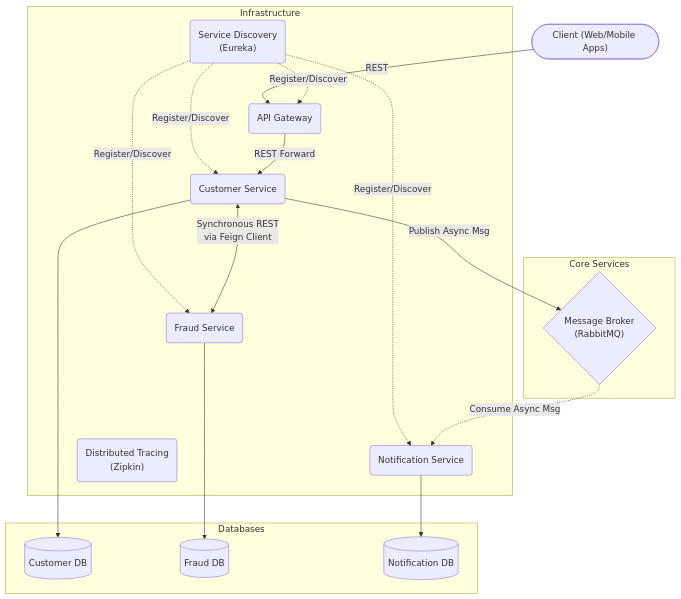
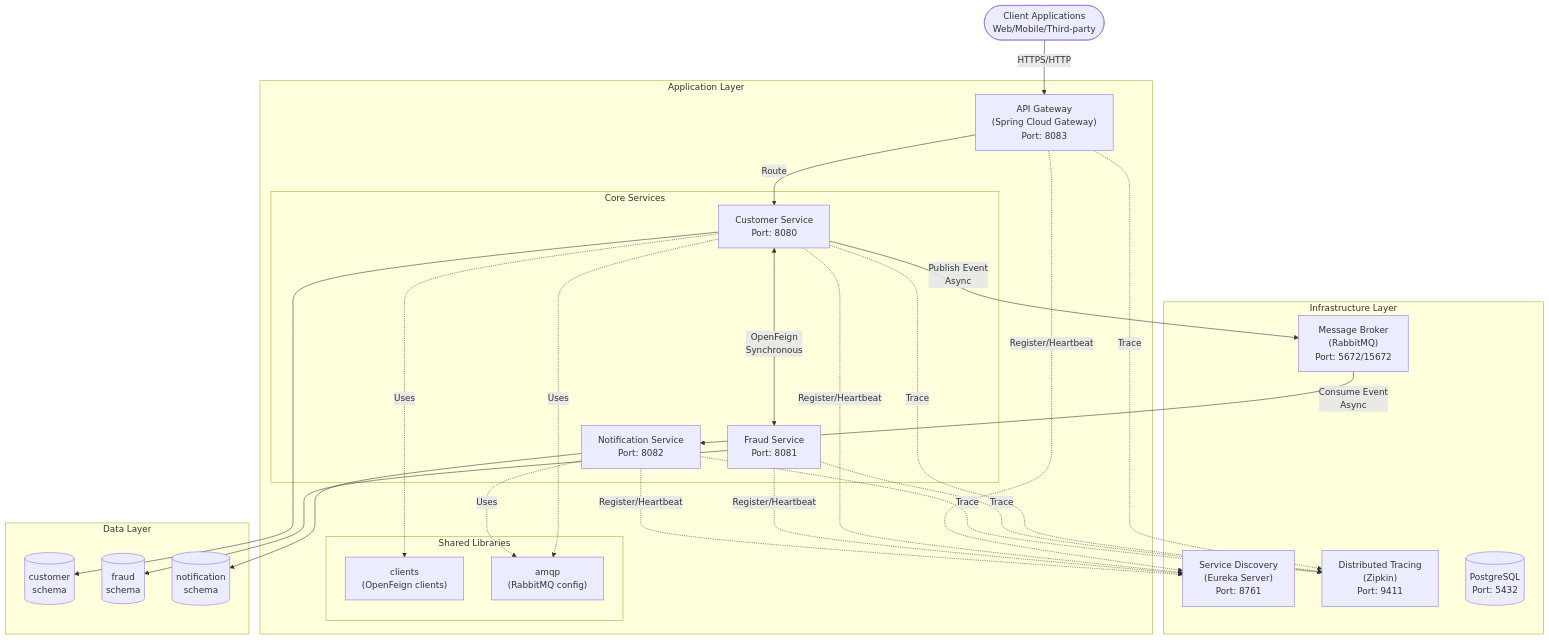
One commit to phansytuan/micro-services changed the first of 2 diagrams in HLD.md. Above: the diagram before and after it, drawn with Mermaid. The commit also changed other lines of this file and 8 other files, not shown here.

````diff
--- a/HLD.md
+++ b/HLD.md
@@ -21,25 +34,62 @@
 ```mermaid
-graph TD
-    Client(["Client (Web/Mobile Apps)"]) -->|REST| APIGW("API Gateway")
+graph TB
+    Client(["Client Applications<br/>Web/Mobile/Third-party"]) -->|HTTPS/HTTP| APIGW
     
-    subgraph Infrastructure
-        Eureka("Service Discovery<br/>(Eureka)") -.->|Register/Discover| APIGW
-        Eureka -.->|Register/Discover| Customer
-        Eureka -.->|Register/Discover| Fraud
-        Eureka -.->|Register/Discover| Notification
-        Zipkin("Distributed Tracing<br/>(Zipkin)")
+    subgraph "Infrastructure Layer"
+        Eureka["Service Discovery<br/>(Eureka Server)<br/>Port: 8761"]
+        Zipkin["Distributed Tracing<br/>(Zipkin)<br/>Port: 9411"]
+        RabbitMQ["Message Broker<br/>(RabbitMQ)<br/>Port: 5672/15672"]
+        Postgres[("PostgreSQL<br/>Port: 5432")]
     end
-
-    subgraph Core Services
-        APIGW -->|REST Forward| Customer("Customer Service")
-        Customer <-->|Synchronous REST<br/>via Feign Client| Fraud("Fraud Service")
-        Customer -->|Publish Async Msg| AMQP{"Message Broker<br/>(RabbitMQ)"}
-        AMQP -.->|Consume Async Msg| Notification("Notification Service")
+    
+    subgraph "Application Layer"
+        APIGW["API Gateway<br/>(Spring Cloud Gateway)<br/>Port: 8083"]
+        
+        subgraph "Core Services"
+            Customer["Customer Service<br/>Port: 8080"]
+            Fraud["Fraud Service<br/>Port: 8081"]
+            Notification["Notification Service<br/>Port: 8082"]
+        end
+        
+        subgraph "Shared Libraries"
+            Clients["clients<br/>(OpenFeign clients)"]
+            AMQP["amqp<br/>(RabbitMQ config)"]
+        end
     end
-
-    subgraph Databases
-        Customer --> DB_Cust[("Customer DB")]
-        Fraud --> DB_Fraud[("Fraud DB")]
-        Notification --> DB_Notif[("Notification DB")]
+    
+    subgraph "Data Layer"
+        DB_Cust[("customer<br/>schema")]
+        DB_Fraud[("fraud<br/>schema")]
+        DB_Notif[("notification<br/>schema")]
     end
+    
+    %% Client connections
+    APIGW -->|Route| Customer
+    
+    %% Service Discovery
+    APIGW -.->|Register/Heartbeat| Eureka
+    Customer -.->|Register/Heartbeat| Eureka
+    Fraud -.->|Register/Heartbeat| Eureka
+    Notification -.->|Register/Heartbeat| Eureka
+    
+    %% Inter-service communication
+    Customer <-->|"OpenFeign<br/>Synchronous"| Fraud
+    Customer -->|"Publish Event<br/>Async"| RabbitMQ
+    RabbitMQ -->|"Consume Event<br/>Async"| Notification
+    
+    %% Database connections
+    Customer --> DB_Cust
+    Fraud --> DB_Fraud
+    Notification --> DB_Notif
+    
+    %% Observability
+    APIGW -.->|Trace| Zipkin
+    Customer -.->|Trace| Zipkin
+    Fraud -.->|Trace| Zipkin
+    Notification -.->|Trace| Zipkin
+    
+    %% Library dependencies
+    Customer -.->|Uses| Clients
+    Customer -.->|Uses| AMQP
+    Notification -.->|Uses| AMQP
 ```
````
